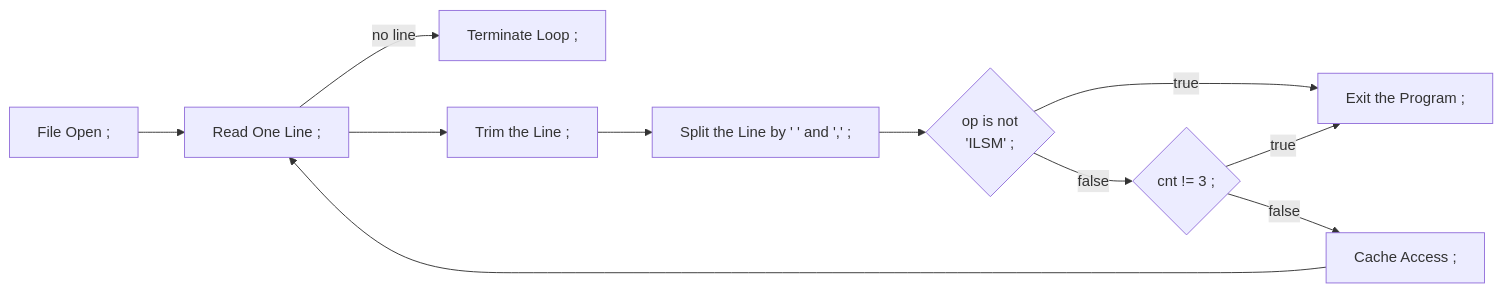
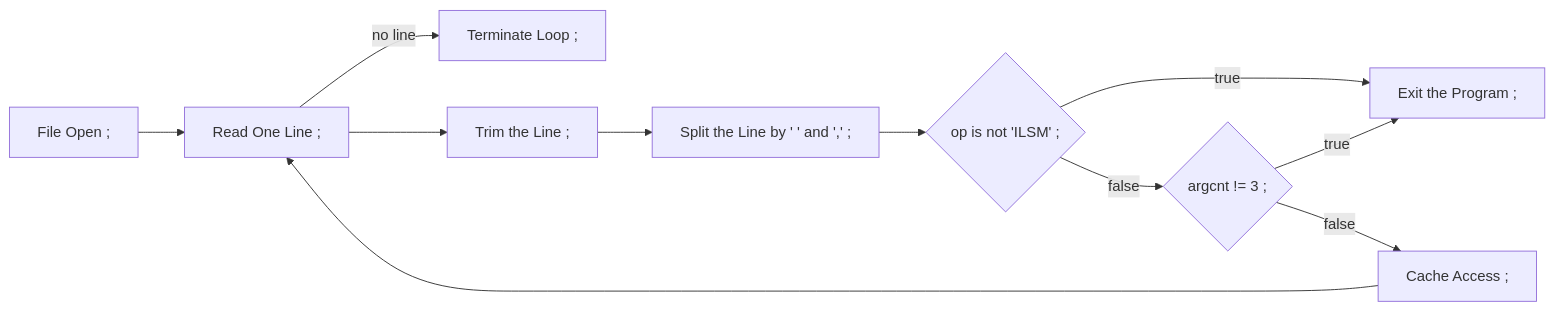
The second of 3 diagrams in Cache Lab/workspace/20240614.md (hanmyeonglee/cs211), drawn with Mermaid before and after one commit. The commit also changed other lines of this file, not shown here.

````diff
--- a/Cache Lab/workspace/20240614.md
+++ b/Cache Lab/workspace/20240614.md
@@ -118,13 +118,13 @@
 ```mermaid
 graph LR
     A[File Open ;] --> B[Read One Line ;]
     B --> |<p class='linename'>no line</p>| Z[Terminate Loop ;]
     B --> C[Trim the Line ;]
     C --> D[Split the Line by ' ' and ',' ;]
-    D --> E{op is not<br>'ILSM' ;}
+    D --> E{op is not 'ILSM' ;}
     E --> |<p class='linename'>true</p>| X[Exit the Program ;]
-    E --> |<p class='linename'>false</p>| F{cnt != 3 ;}
+    E --> |<p class='linename'>false</p>| F{argcnt != 3 ;}
     F --> |<p class='linename'>true</p>| X
     F --> |<p class='linename'>false</p>| G[Cache Access ;]
     G --> B
 ```
````
